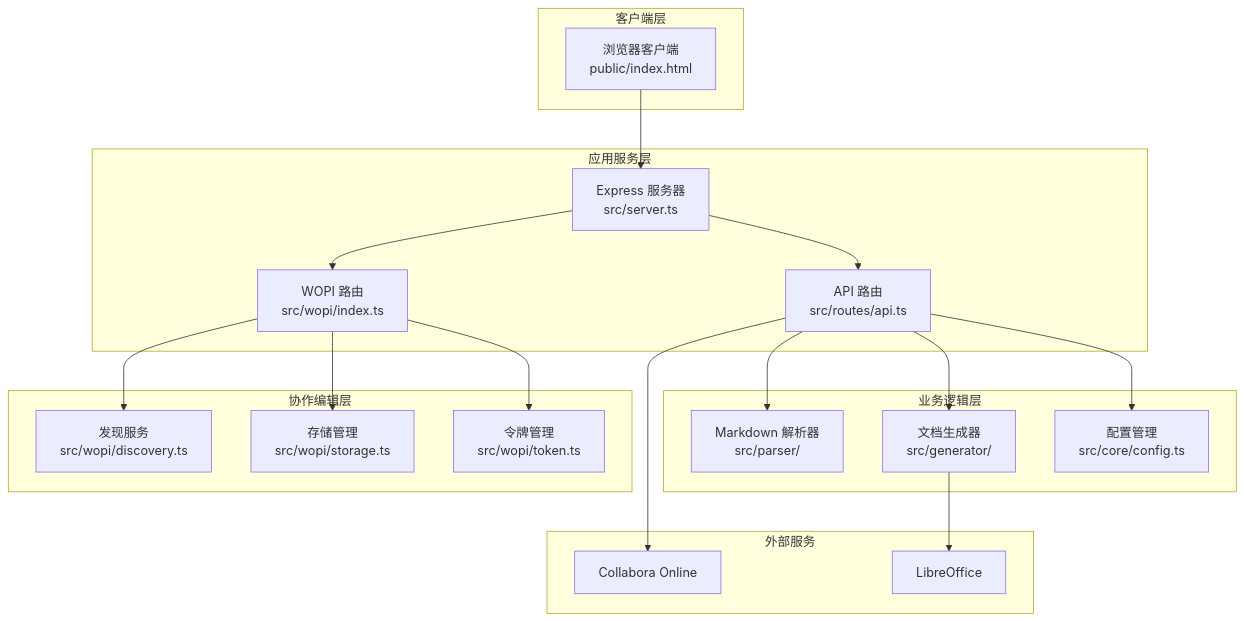
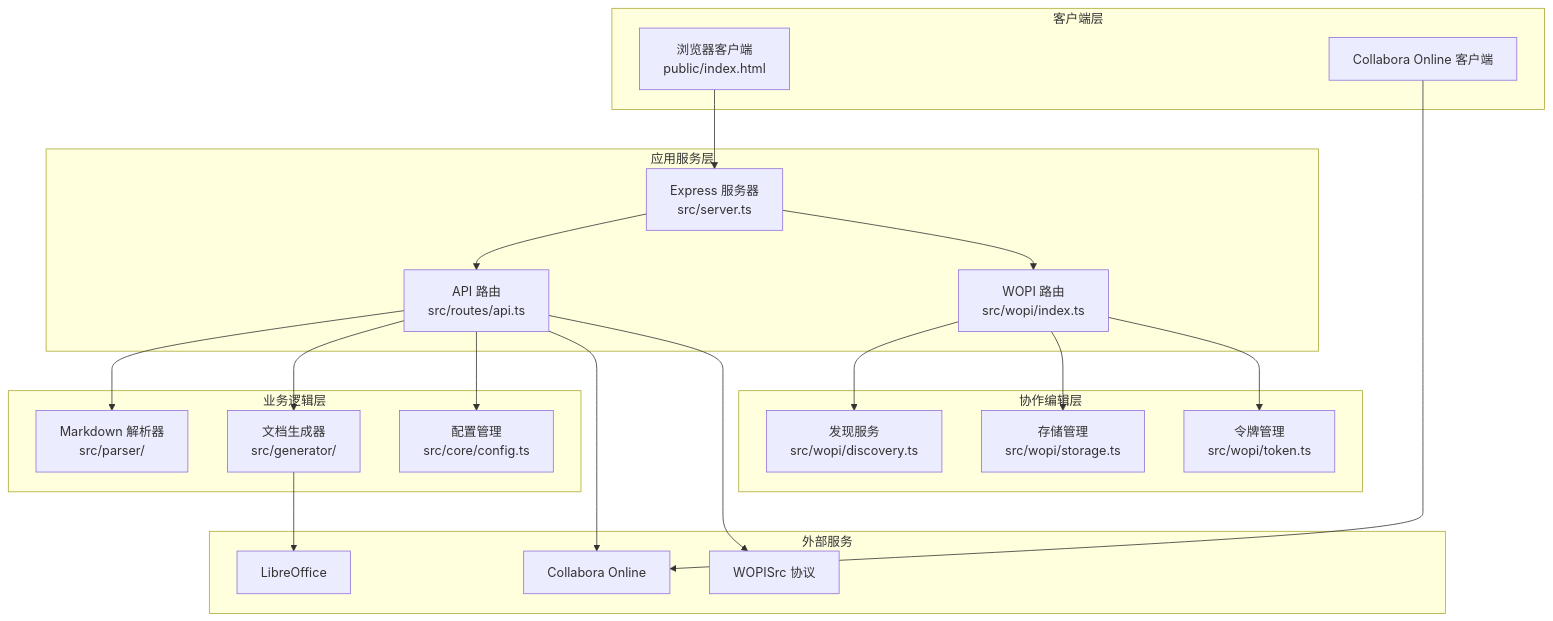
The second of 7 diagrams in .lingma/repowiki/zh/content/架构设计/Collabora Online 集成.md (wanwushelie/markdown-to-word-studio), drawn with Mermaid before and after one commit. The commit also changed other lines of this file and 7 other files, not shown here.

````diff
--- a/.lingma/repowiki/zh/content/架构设计/Collabora Online 集成.md
+++ b/.lingma/repowiki/zh/content/架构设计/Collabora Online 集成.md
@@ -116,36 +132,40 @@
 ```mermaid
 graph TD
 subgraph "客户端层"
 A[浏览器客户端<br/>public/index.html]
+B[Collabora Online 客户端]
 end
 subgraph "应用服务层"
-B[Express 服务器<br/>src/server.ts]
-C[API 路由<br/>src/routes/api.ts]
-D[WOPI 路由<br/>src/wopi/index.ts]
+C[Express 服务器<br/>src/server.ts]
+D[API 路由<br/>src/routes/api.ts]
+E[WOPI 路由<br/>src/wopi/index.ts]
 end
 subgraph "业务逻辑层"
-E[Markdown 解析器<br/>src/parser/]
-F[文档生成器<br/>src/generator/]
-G[配置管理<br/>src/core/config.ts]
+F[Markdown 解析器<br/>src/parser/]
+G[文档生成器<br/>src/generator/]
+H[配置管理<br/>src/core/config.ts]
 end
 subgraph "协作编辑层"
-H[发现服务<br/>src/wopi/discovery.ts]
-I[存储管理<br/>src/wopi/storage.ts]
-J[令牌管理<br/>src/wopi/token.ts]
+I[发现服务<br/>src/wopi/discovery.ts]
+J[存储管理<br/>src/wopi/storage.ts]
+K[令牌管理<br/>src/wopi/token.ts]
 end
 subgraph "外部服务"
-K[Collabora Online]
-L[LibreOffice]
+L[Collabora Online]
+M[LibreOffice]
+N[WOPISrc 协议]
 end
-A --> B
-B --> C
-B --> D
+A --> C
+B --> L
+C --> D
 C --> E
-C --> F
-C --> G
+D --> F
+D --> G
 D --> H
-D --> I
-D --> J
-C --> K
-F --> L
+E --> I
+E --> J
+E --> K
+D --> L
+G --> M
+D --> N
 ```
````
